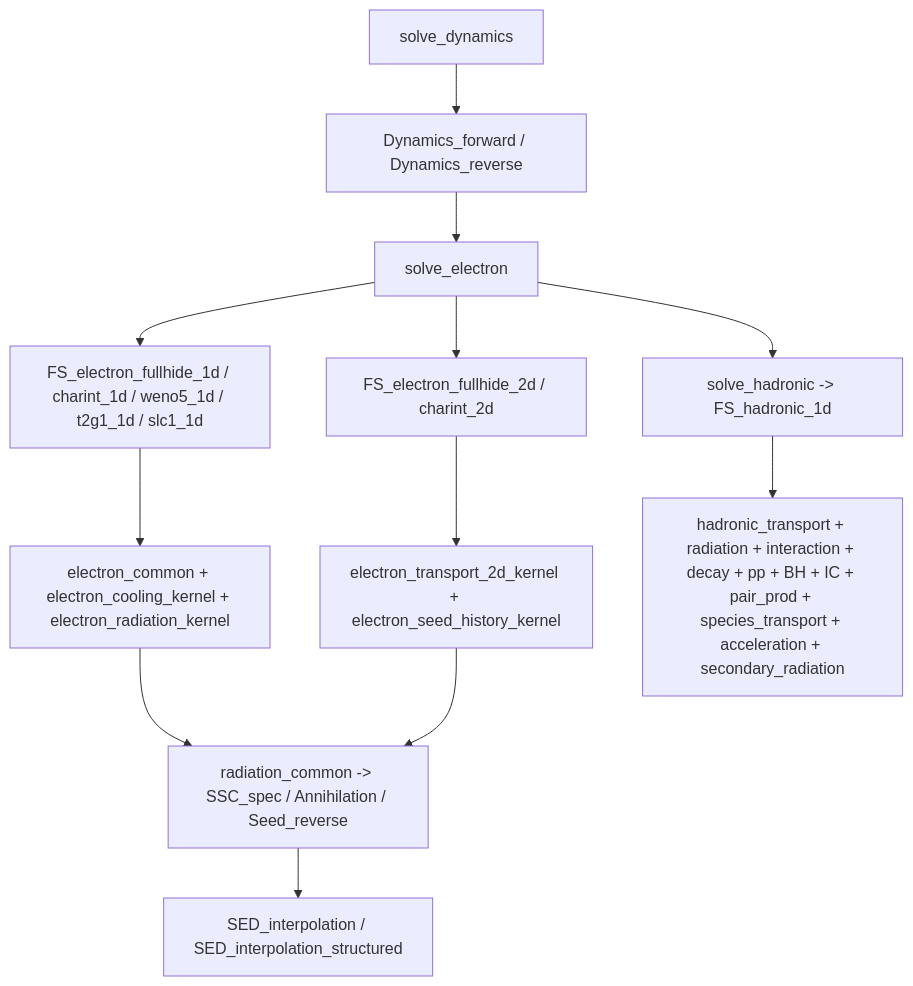
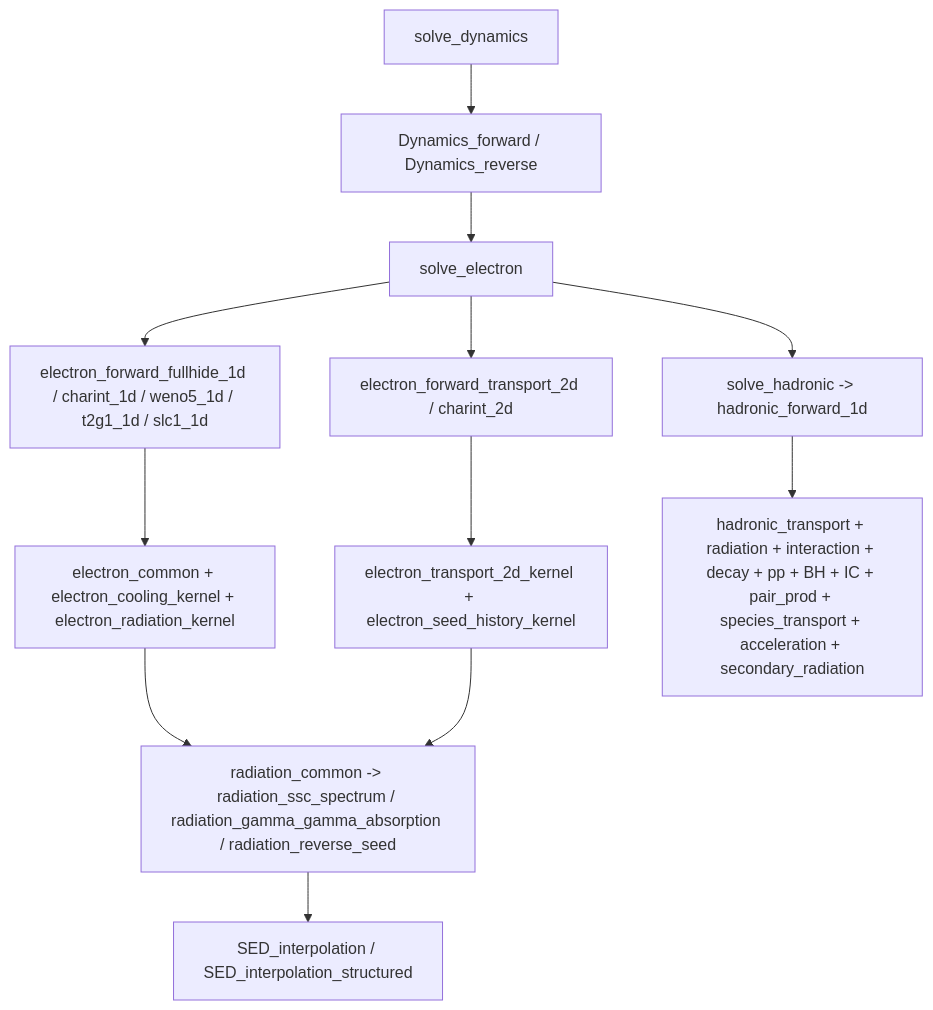
The second of 2 diagrams in doc/call_chain.md (mikuru1096/ASGARD_GRBAfterglow), drawn with Mermaid before and after one commit. The commit also changed 46 other files, not shown here.

````diff
--- a/doc/call_chain.md
+++ b/doc/call_chain.md
@@ -31,14 +31,14 @@
 ```mermaid
 flowchart TD
     A["solve_dynamics"] --> B["Dynamics_forward / Dynamics_reverse"]
     B --> C["solve_electron"]
-    C --> D["FS_electron_fullhide_1d / charint_1d / weno5_1d / t2g1_1d / slc1_1d"]
-    C --> E["FS_electron_fullhide_2d / charint_2d"]
+    C --> D["electron_forward_fullhide_1d / charint_1d / weno5_1d / t2g1_1d / slc1_1d"]
+    C --> E["electron_forward_transport_2d / charint_2d"]
     D --> F["electron_common + electron_cooling_kernel + electron_radiation_kernel"]
     E --> G["electron_transport_2d_kernel + electron_seed_history_kernel"]
-    F --> H["radiation_common -> SSC_spec / Annihilation / Seed_reverse"]
+    F --> H["radiation_common -> radiation_ssc_spectrum / radiation_gamma_gamma_absorption / radiation_reverse_seed"]
     G --> H
     H --> I["SED_interpolation / SED_interpolation_structured"]
-    C --> J["solve_hadronic -> FS_hadronic_1d"]
+    C --> J["solve_hadronic -> hadronic_forward_1d"]
     J --> K["hadronic_transport + radiation + interaction + decay + pp + BH + IC + pair_prod + species_transport + acceleration + secondary_radiation"]
 ```
````
